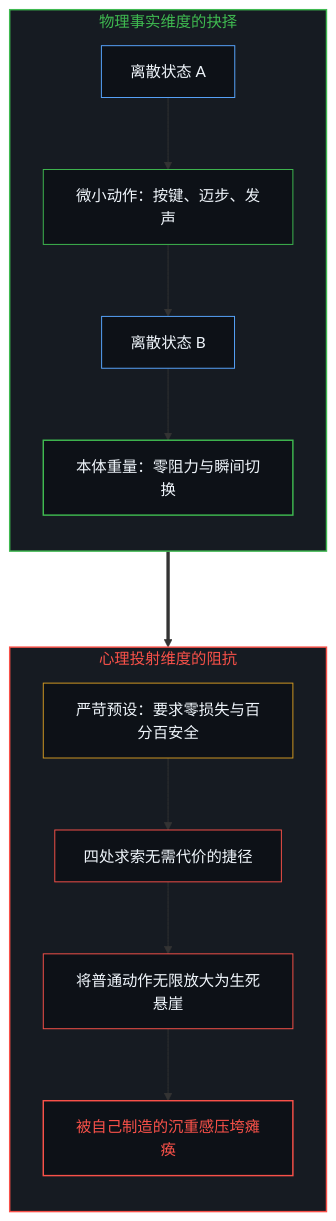
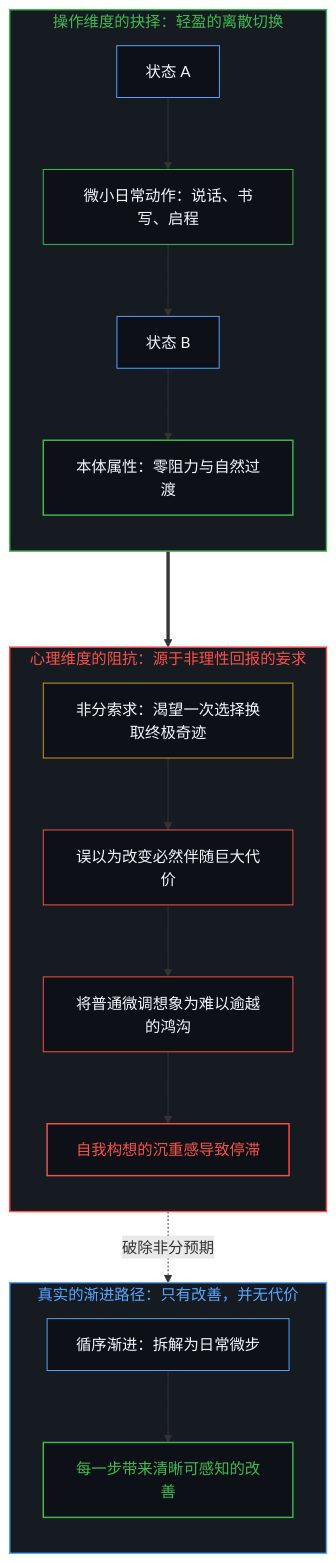
One commit to powerpig99/not-a-toe changed the third of 10 diagrams in content/posts/choice-itself-has-no-inherent-weight.md. Above: the diagram before and after it, drawn with Mermaid. The commit also changed other lines of this file and 4 other files, not shown here.

````diff
--- a/content/posts/choice-itself-has-no-inherent-weight.md
+++ b/content/posts/choice-itself-has-no-inherent-weight.md
@@ -85,29 +85,38 @@
 ```mermaid
 graph TD
-    subgraph S_Physics ["物理事实维度的抉择"]
+    subgraph S_Physics ["操作维度的抉择：轻盈的离散切换"]
         direction TB
-        P_State["离散状态 A"] --> P_Act["微小动作：按键、迈步、发声"]
-        P_Act --> P_Next["离散状态 B"]
-        P_Next --> P_Weightless["本体重量：零阻力与瞬间切换"]
+        P_State["状态 A"] --> P_Act["微小日常动作：说话、书写、启程"]
+        P_Act --> P_Next["状态 B"]
+        P_Next --> P_Weightless["本体属性：零阻力与自然过渡"]
     end
 
-    subgraph S_Psychology ["心理投射维度的阻抗"]
+    subgraph S_Psychology ["心理维度的阻抗：源于非理性回报的妄求"]
         direction TB
-        M_Demand["严苛预设：要求零损失与百分百安全"] --> M_Fantasy["四处求索无需代价的捷径"]
-        M_Fantasy --> M_Amplifier["将普通动作无限放大为生死悬崖"]
-        M_Amplifier --> M_Crushed["被自己制造的沉重感压垮瘫痪"]
+        M_Demand["非分索求：渴望一次选择换取终极奇迹"] --> M_Fantasy["误以为改变必然伴随巨大代价"]
+        M_Fantasy --> M_Amplifier["将普通微调想象为难以逾越的鸿沟"]
+        M_Amplifier --> M_Crushed["自我构想的沉重感导致停滞"]
+    end
+
+    subgraph S_Reality ["真实的渐进路径：只有改善，并无代价"]
+        direction TB
+        R_Step["循序渐进：拆解为日常微步"] --> R_Improve["每一步带来清晰可感知的改善"]
     end
 
     P_Act ===> M_Demand
+    M_Demand -.->|破除非分预期| R_Step
 
     style S_Physics fill:#161b22,stroke:#3fb950,stroke-width:1.5px,color:#3fb950
     style S_Psychology fill:#161b22,stroke:#f85149,stroke-width:1.5px,color:#f85149
+    style S_Reality fill:#161b22,stroke:#58a6ff,stroke-width:1.5px,color:#58a6ff
     style P_State fill:#0d1117,stroke:#58a6ff,stroke-width:1px,color:#f0f6fc
     style P_Act fill:#0d1117,stroke:#3fb950,stroke-width:1px,color:#f0f6fc
     style P_Next fill:#0d1117,stroke:#58a6ff,stroke-width:1px,color:#f0f6fc
     style P_Weightless fill:#0d1117,stroke:#3fb950,stroke-width:1.5px,color:#f0f6fc
     style M_Demand fill:#0d1117,stroke:#d29922,stroke-width:1px,color:#f0f6fc
     style M_Fantasy fill:#0d1117,stroke:#f85149,stroke-width:1px,color:#f0f6fc
     style M_Amplifier fill:#0d1117,stroke:#f85149,stroke-width:1px,color:#f0f6fc
     style M_Crushed fill:#0d1117,stroke:#f85149,stroke-width:1.5px,color:#f85149
+    style R_Step fill:#0d1117,stroke:#58a6ff,stroke-width:1px,color:#f0f6fc
+    style R_Improve fill:#0d1117,stroke:#3fb950,stroke-width:1.5px,color:#3fb950
 ```
````
